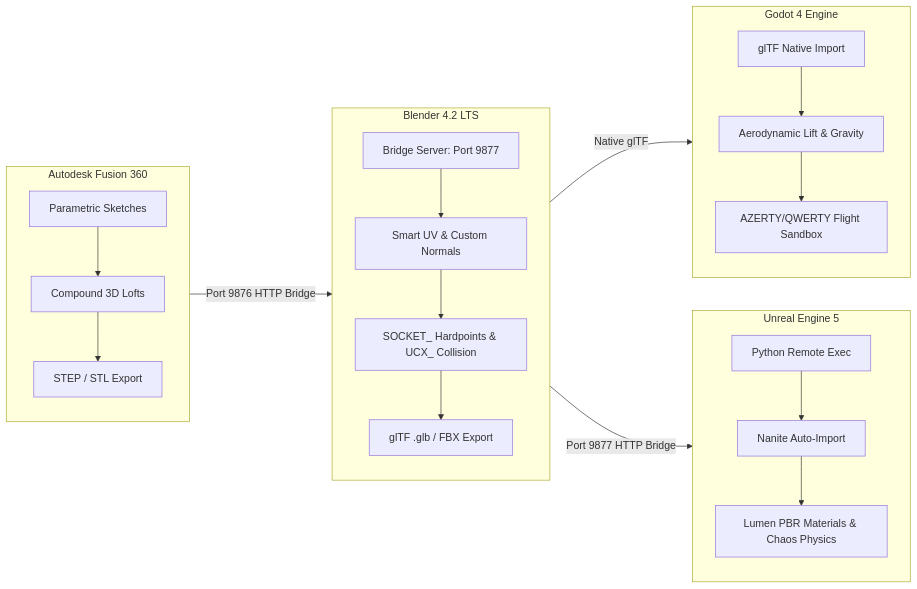
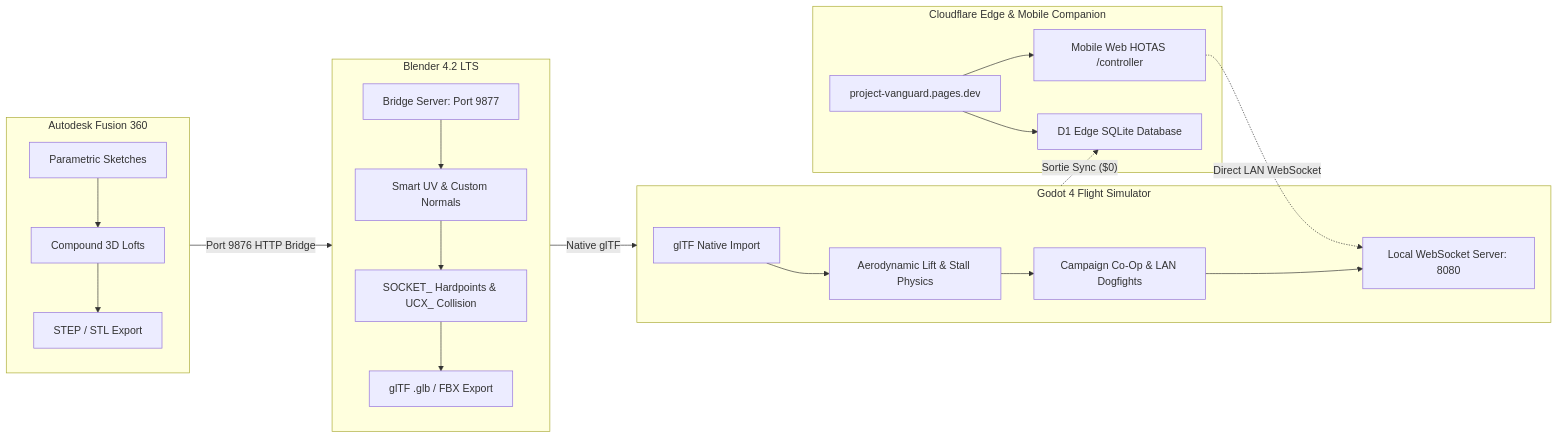
Before and after one commit to bokk3/Vanguard: the diagram in README.md, drawn with Mermaid. The commit also changed other lines of this file and 56 other files, not shown here.

Commit message:
feat: zero-cost pilot cloud persistence, scan-to-fly mobile hotas, and prominent gold registration CTA

````diff
--- a/README.md
+++ b/README.md
@@ -26,27 +30,29 @@
 ```mermaid
 graph LR
     subgraph CAD [Autodesk Fusion 360]
         F1[Parametric Sketches] --> F2[Compound 3D Lofts]
         F2 --> F3[STEP / STL Export]
     end
 
     subgraph DCC [Blender 4.2 LTS]
         B1[Bridge Server: Port 9877] --> B2[Smart UV & Custom Normals]
         B2 --> B3[SOCKET_ Hardpoints & UCX_ Collision]
         B3 --> B4[glTF .glb / FBX Export]
     end
 
-    subgraph GODOT [Godot 4 Engine]
-        G1[glTF Native Import] --> G2[Aerodynamic Lift & Gravity]
-        G2 --> G3[AZERTY/QWERTY Flight Sandbox]
+    subgraph ENGINE [Godot 4 Flight Simulator]
+        G1[glTF Native Import] --> G2[Aerodynamic Lift & Stall Physics]
+        G2 --> G3[Campaign Co-Op & LAN Dogfights]
+        G3 --> G4[Local WebSocket Server: 8080]
     end
 
-    subgraph UNREAL [Unreal Engine 5]
-        U1[Python Remote Exec] --> U2[Nanite Auto-Import]
-        U2 --> U3[Lumen PBR Materials & Chaos Physics]
+    subgraph WEB [Cloudflare Edge & Mobile Companion]
+        W1[project-vanguard.pages.dev] --> W2[Mobile Web HOTAS /controller]
+        W1 --> W3[D1 Edge SQLite Database]
+        W2 -. "Direct LAN WebSocket" .-> G4
     end
 
     CAD -- "Port 9876 HTTP Bridge" --> DCC
-    DCC -- "Native glTF" --> GODOT
-    DCC -- "Port 9877 HTTP Bridge" --> UNREAL
+    DCC -- "Native glTF" --> ENGINE
+    ENGINE -. "Sortie Sync ($0)" .-> W3
 ```
````
